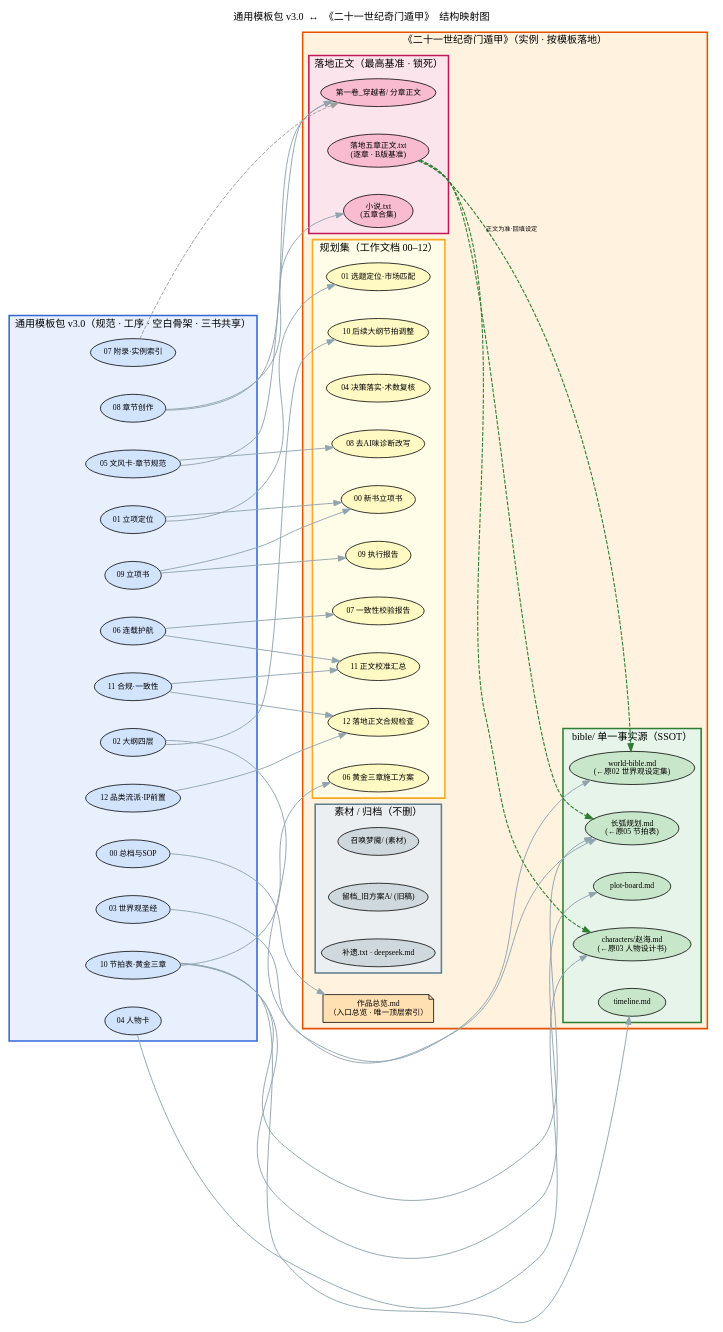
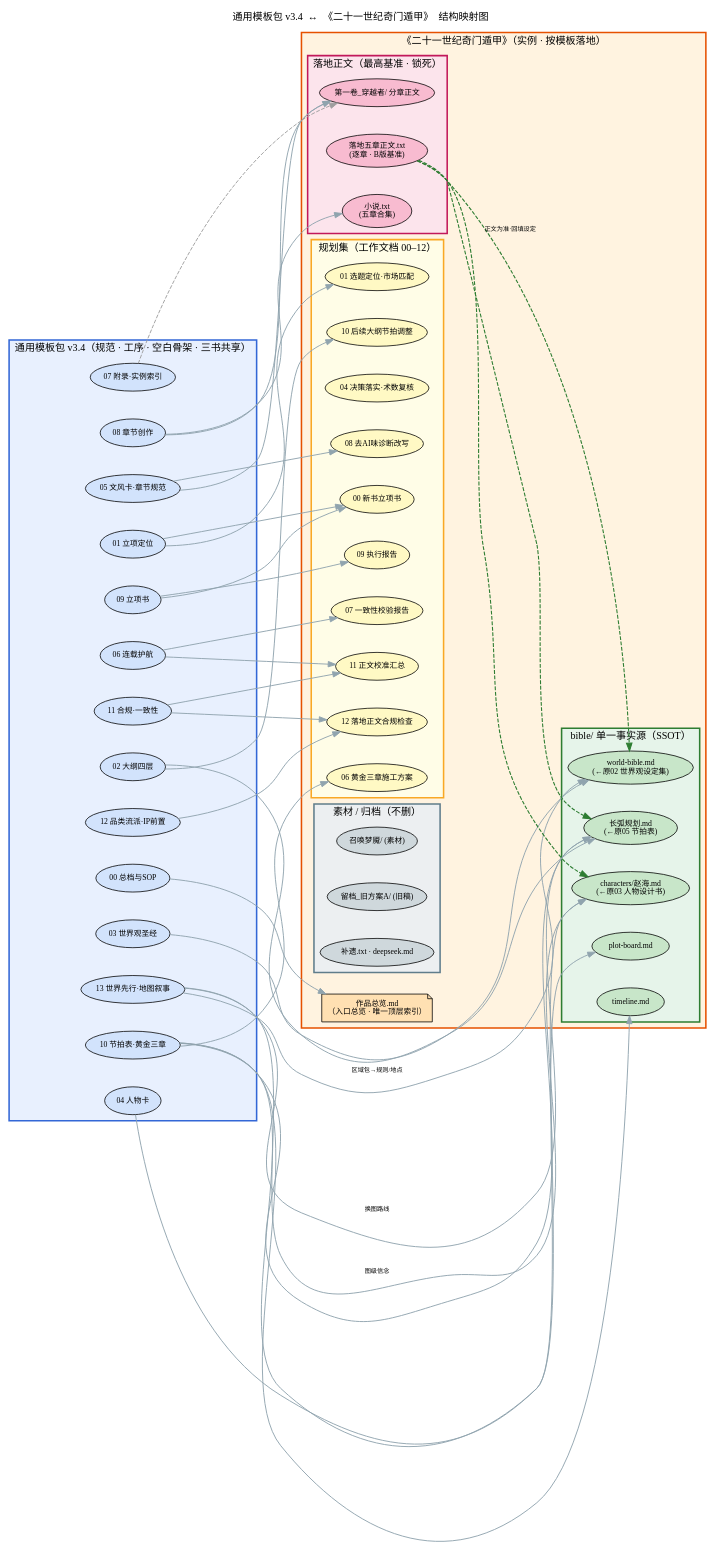
Before and after one commit to siwpan95/write: the diagram in 通用模板包/可视化_结构映射/graph.dot, drawn with Graphviz. The commit also changed 13 other files, not shown here.

Commit message:
通用模板包 v3.4：新增 13 世界先行与地图叙事（区域包/换图/因果/信念）

```diff
--- a/通用模板包/可视化_结构映射/graph.dot
+++ b/通用模板包/可视化_结构映射/graph.dot
@@ -1,111 +1,115 @@
 digraph G {
   rankdir=LR;
   bgcolor="#ffffff";
   fontname="Microsoft YaHei";
   fontsize=13;
-  label="通用模板包 v3.0  ↔  《二十一世纪奇门遁甲》  结构映射图";
+  label="通用模板包 v3.4  ↔  《二十一世纪奇门遁甲》  结构映射图";
   labelloc="t";
   nodesep=0.5;
   ranksep=1.1;
 
   node [fontname="Microsoft YaHei", fontsize=10, style="rounded,filled", margin="0.12,0.06"];
   edge [fontname="Microsoft YaHei", fontsize=8, color="#90a4ae", penwidth=1.2, dir=forward];
 
   // ===== 左：通用模板包（规范 / 工序 / 空白骨架）=====
   subgraph cluster_tpl {
-    label="通用模板包 v3.0（规范 · 工序 · 空白骨架 · 三书共享）";
+    label="通用模板包 v3.4（规范 · 工序 · 空白骨架 · 三书共享）";
     style="filled"; fillcolor="#e8f0fe"; color="#3367d6"; penwidth=2;
     t00 [label="00 总档与SOP", fillcolor="#d2e3fc"];
     t01 [label="01 立项定位", fillcolor="#d2e3fc"];
     t02 [label="02 大纲四层", fillcolor="#d2e3fc"];
     t03 [label="03 世界观圣经", fillcolor="#d2e3fc"];
     t04 [label="04 人物卡", fillcolor="#d2e3fc"];
     t05 [label="05 文风卡·章节规范", fillcolor="#d2e3fc"];
     t06 [label="06 连载护航", fillcolor="#d2e3fc"];
     t07 [label="07 附录·实例索引", fillcolor="#d2e3fc"];
     t08 [label="08 章节创作", fillcolor="#d2e3fc"];
     t09 [label="09 立项书", fillcolor="#d2e3fc"];
     t10 [label="10 节拍表·黄金三章", fillcolor="#d2e3fc"];
     t11 [label="11 合规·一致性", fillcolor="#d2e3fc"];
     t12 [label="12 品类流派·IP前置", fillcolor="#d2e3fc"];
+    t13 [label="13 世界先行·地图叙事", fillcolor="#d2e3fc"];
   }
 
   // ===== 右：本书实例 =====
   subgraph cluster_book {
     label="《二十一世纪奇门遁甲》（实例 · 按模板落地）";
     style="filled"; fillcolor="#fff3e0"; color="#e65100"; penwidth=2;
 
     ov [label="作品总览.md\n（入口总览 · 唯一顶层索引）", fillcolor="#ffe0b2", shape=note, fontsize=10];
 
     subgraph cluster_plan {
       label="规划集（工作文档 00–12）";
       style="filled"; fillcolor="#fffde7"; color="#f9a825";
       b00 [label="00 新书立项书", fillcolor="#fff9c4"];
       b01 [label="01 选题定位·市场匹配", fillcolor="#fff9c4"];
       b04 [label="04 决策落实·术数复核", fillcolor="#fff9c4"];
       b06 [label="06 黄金三章施工方案", fillcolor="#fff9c4"];
       b07 [label="07 一致性校验报告", fillcolor="#fff9c4"];
       b08 [label="08 去AI味诊断改写", fillcolor="#fff9c4"];
       b09 [label="09 执行报告", fillcolor="#fff9c4"];
       b10 [label="10 后续大纲节拍调整", fillcolor="#fff9c4"];
       b11 [label="11 正文校准汇总", fillcolor="#fff9c4"];
       b12 [label="12 落地正文合规检查", fillcolor="#fff9c4"];
     }
 
     subgraph cluster_bible {
       label="bible/ 单一事实源（SSOT）";
       style="filled"; fillcolor="#e6f4ea"; color="#2e7d32";
       wb [label="world-bible.md\n(←原02 世界观设定集)", fillcolor="#c8e6c9"];
       ch [label="characters/赵海.md\n(←原03 人物设计书)", fillcolor="#c8e6c9"];
       lp [label="长弧规划.md\n(←原05 节拍表)", fillcolor="#c8e6c9"];
       tl [label="timeline.md", fillcolor="#c8e6c9"];
       pb [label="plot-board.md", fillcolor="#c8e6c9"];
     }
 
     subgraph cluster_body {
       label="落地正文（最高基准 · 锁死）";
       style="filled"; fillcolor="#fce4ec"; color="#c2185b";
       body [label="第一卷_穿越者/ 分章正文", fillcolor="#f8bbd0"];
       land [label="落地五章正文.txt\n(逐章 · B版基准)", fillcolor="#f8bbd0"];
       nov [label="小说.txt\n(五章合集)", fillcolor="#f8bbd0"];
     }
 
     subgraph cluster_mat {
       label="素材 / 归档（不删）";
       style="filled"; fillcolor="#eceff1"; color="#607d8b";
       mat1 [label="召唤梦魇/ (素材)", fillcolor="#cfd8dc"];
       mat2 [label="留档_旧方案A/ (旧稿)", fillcolor="#cfd8dc"];
       mat3 [label="补遗.txt · deepseek.md", fillcolor="#cfd8dc"];
     }
   }
 
   // ===== 模板 → 实例 映射（实线）=====
   t00 -> ov;
   t01 -> b00;
   t01 -> b01;
   t09 -> b00;
   t09 -> b09;
   t02 -> lp;
   t02 -> b10;
   t03 -> wb;
   t04 -> ch;
   t05 -> body;
   t05 -> b08;
   t06 -> b07;
   t06 -> b11;
   t07 -> body [style="dashed", color="#9e9e9e"];
   t08 -> body;
   t08 -> nov;
   t10 -> b06;
   t10 -> lp;
   t10 -> tl;
   t10 -> pb;
   t11 -> b12;
   t11 -> b11;
   t12 -> b12;
+  t13 -> wb [label="区域包→规则/地点", fontsize=8];
+  t13 -> lp [label="换图路线", fontsize=8];
+  t13 -> ch [label="图级信念", fontsize=8];
 
   // ===== 内部权威关系：正文为准 · 回填设定（绿虚线）=====
   land -> wb [style="dashed", color="#2e7d32", penwidth=1.4, label="正文为准·回填设定"];
   land -> ch [style="dashed", color="#2e7d32", penwidth=1.4];
   land -> lp [style="dashed", color="#2e7d32", penwidth=1.4];
 }
```
